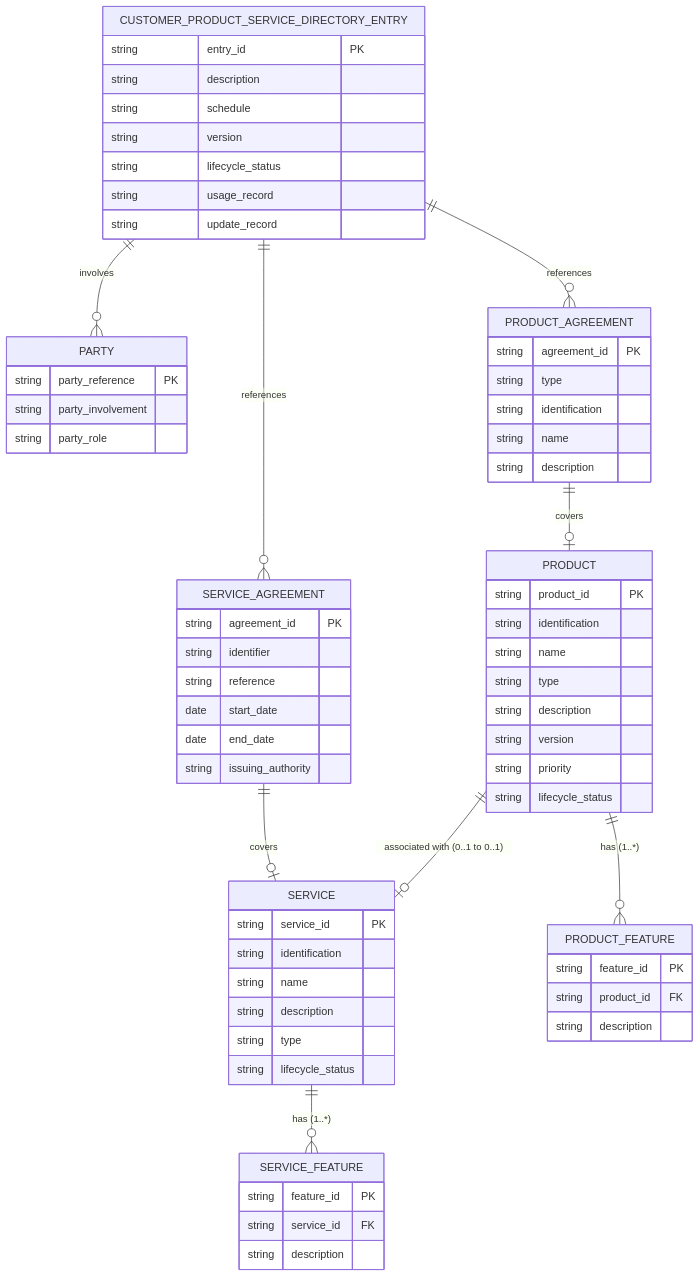
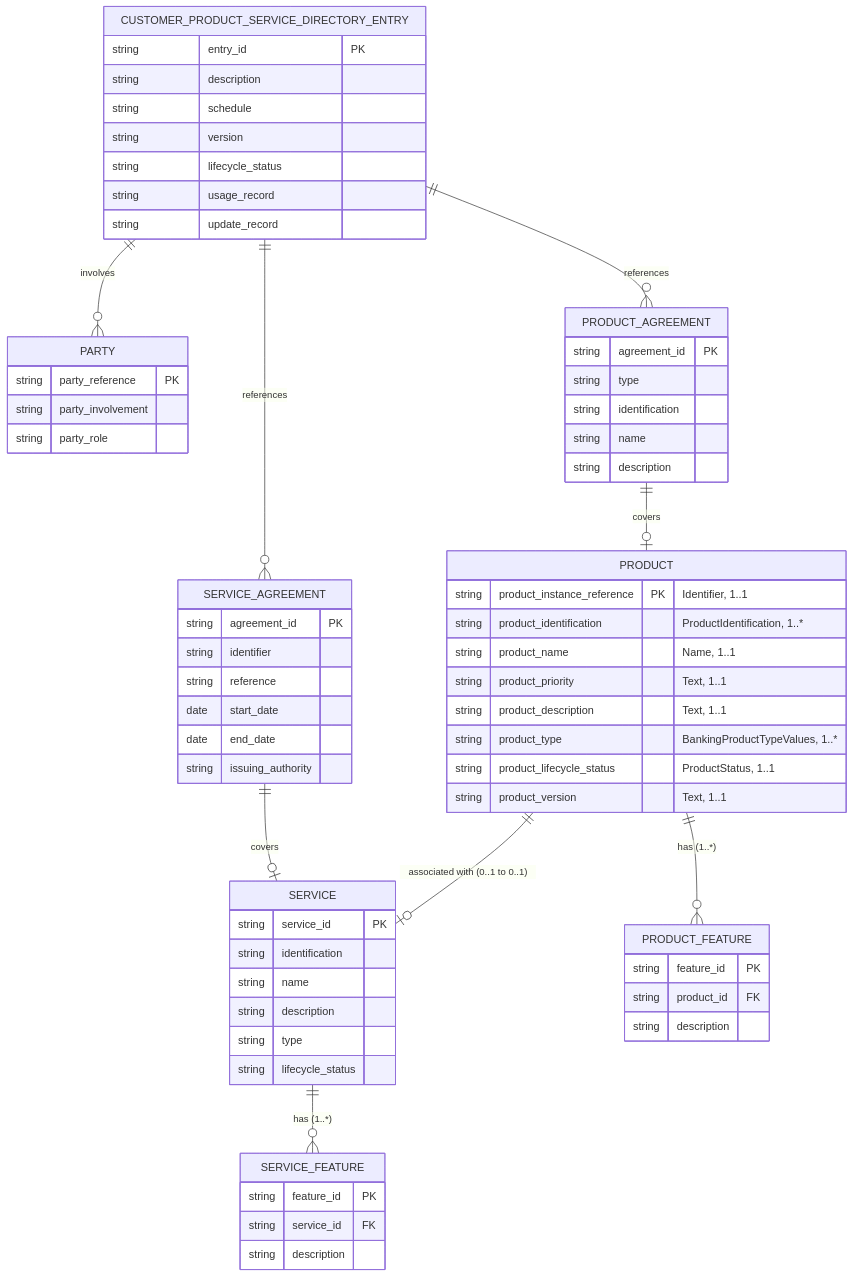
Before and after one commit to junior5783/BIAN: the diagram in customer-product-service-directory-db-diagram.md, drawn with Mermaid. The commit also changed other lines of this file, not shown here.

````diff
--- a/customer-product-service-directory-db-diagram.md
+++ b/customer-product-service-directory-db-diagram.md
@@ -10,76 +10,76 @@
 ```mermaid
 erDiagram
     CUSTOMER_PRODUCT_SERVICE_DIRECTORY_ENTRY {
         string entry_id PK
         string description
         string schedule
         string version
         string lifecycle_status
         string usage_record
         string update_record
     }
 
     PARTY {
         string party_reference PK
         string party_involvement
         string party_role
     }
 
     PRODUCT_AGREEMENT {
         string agreement_id PK
         string type
         string identification
         string name
         string description
     }
 
     SERVICE_AGREEMENT {
         string agreement_id PK
         string identifier
         string reference
         date start_date
         date end_date
         string issuing_authority
     }
 
     PRODUCT {
-        string product_id PK
-        string identification
-        string name
-        string type
-        string description
-        string version
-        string priority
-        string lifecycle_status
+        string product_instance_reference PK "Identifier, 1..1"
+        string product_identification "ProductIdentification, 1..*"
+        string product_name "Name, 1..1"
+        string product_priority "Text, 1..1"
+        string product_description "Text, 1..1"
+        string product_type "BankingProductTypeValues, 1..*"
+        string product_lifecycle_status "ProductStatus, 1..1"
+        string product_version "Text, 1..1"
     }
 
     SERVICE {
         string service_id PK
         string identification
         string name
         string description
         string type
         string lifecycle_status
     }
 
     PRODUCT_FEATURE {
         string feature_id PK
         string product_id FK
         string description
     }
 
     SERVICE_FEATURE {
         string feature_id PK
         string service_id FK
         string description
     }
 
     CUSTOMER_PRODUCT_SERVICE_DIRECTORY_ENTRY ||--o{ PARTY : "involves"
     CUSTOMER_PRODUCT_SERVICE_DIRECTORY_ENTRY ||--o{ PRODUCT_AGREEMENT : "references"
     CUSTOMER_PRODUCT_SERVICE_DIRECTORY_ENTRY ||--o{ SERVICE_AGREEMENT : "references"
     PRODUCT_AGREEMENT ||--o| PRODUCT : "covers"
     SERVICE_AGREEMENT ||--o| SERVICE : "covers"
     PRODUCT ||--o| SERVICE : "associated with (0..1 to 0..1)"
     PRODUCT ||--o{ PRODUCT_FEATURE : "has (1..*)"
     SERVICE ||--o{ SERVICE_FEATURE : "has (1..*)"
 ```
````
